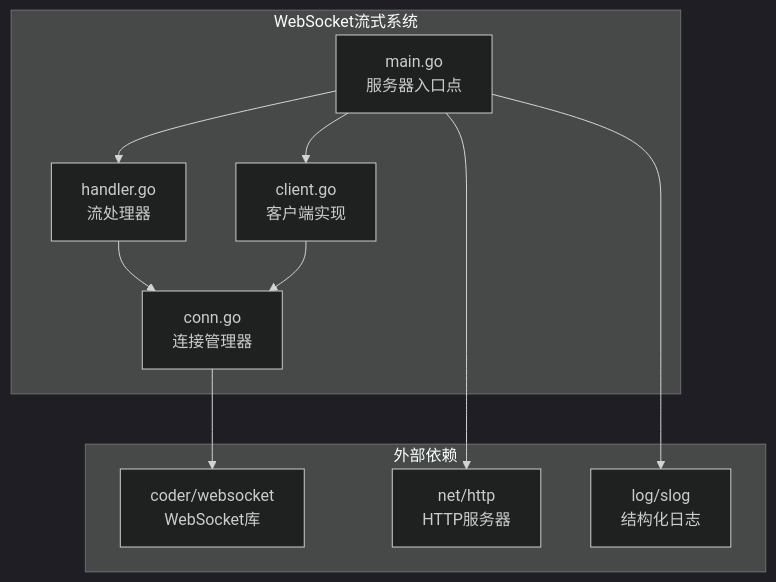
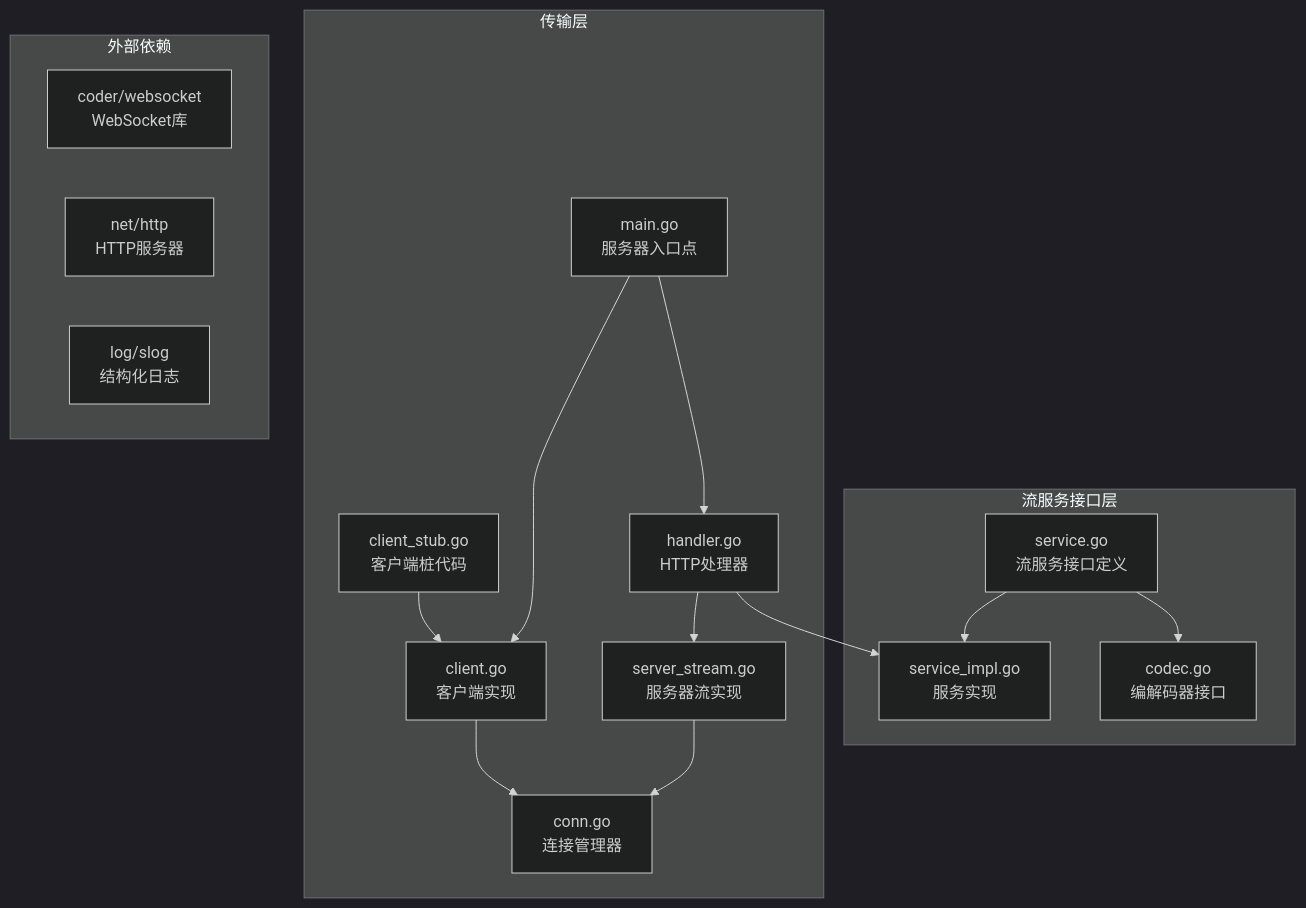
One commit to soyacen/goose changed the first of 15 diagrams in .agents/repowiki/zh/content/示例和最佳实践/WebSocket流式系统.md. Above: the diagram before and after it, drawn with Mermaid (dark theme). The commit also changed other lines of this file and 23 other files, not shown here.

First line of the commit message:
Implement WebSocket streaming service with Codec support

````diff
--- a/.agents/repowiki/zh/content/示例和最佳实践/WebSocket流式系统.md
+++ b/.agents/repowiki/zh/content/示例和最佳实践/WebSocket流式系统.md
@@ -38,21 +48,30 @@
 ```mermaid
 graph TB
-subgraph "WebSocket流式系统"
+subgraph "流服务接口层"
+Service[service.go<br/>流服务接口定义]
+ServiceImpl[service_impl.go<br/>服务实现]
+Codec[codec.go<br/>编解码器接口]
+end
+subgraph "传输层"
+Handler[handler.go<br/>HTTP处理器]
+ServerStream[server_stream.go<br/>服务器流实现]
+ClientStub[client_stub.go<br/>客户端桩代码]
+Conn[conn.go<br/>连接管理器]
+Client[client.go<br/>客户端实现]
 Main[main.go<br/>服务器入口点]
-Handler[handler.go<br/>流处理器]
-Client[client.go<br/>客户端实现]
-Conn[conn.go<br/>连接管理器]
 end
 subgraph "外部依赖"
 WS[coder/websocket<br/>WebSocket库]
 HTTP[net/http<br/>HTTP服务器]
 SLog[log/slog<br/>结构化日志]
 end
+Service --> ServiceImpl
+Service --> Codec
+Handler --> ServerStream
+Handler --> ServiceImpl
+ClientStub --> Client
+Client --> Conn
+ServerStream --> Conn
 Main --> Handler
 Main --> Client
-Handler --> Conn
-Client --> Conn
-Conn --> WS
-Main --> HTTP
-Main --> SLog
 ```
````
